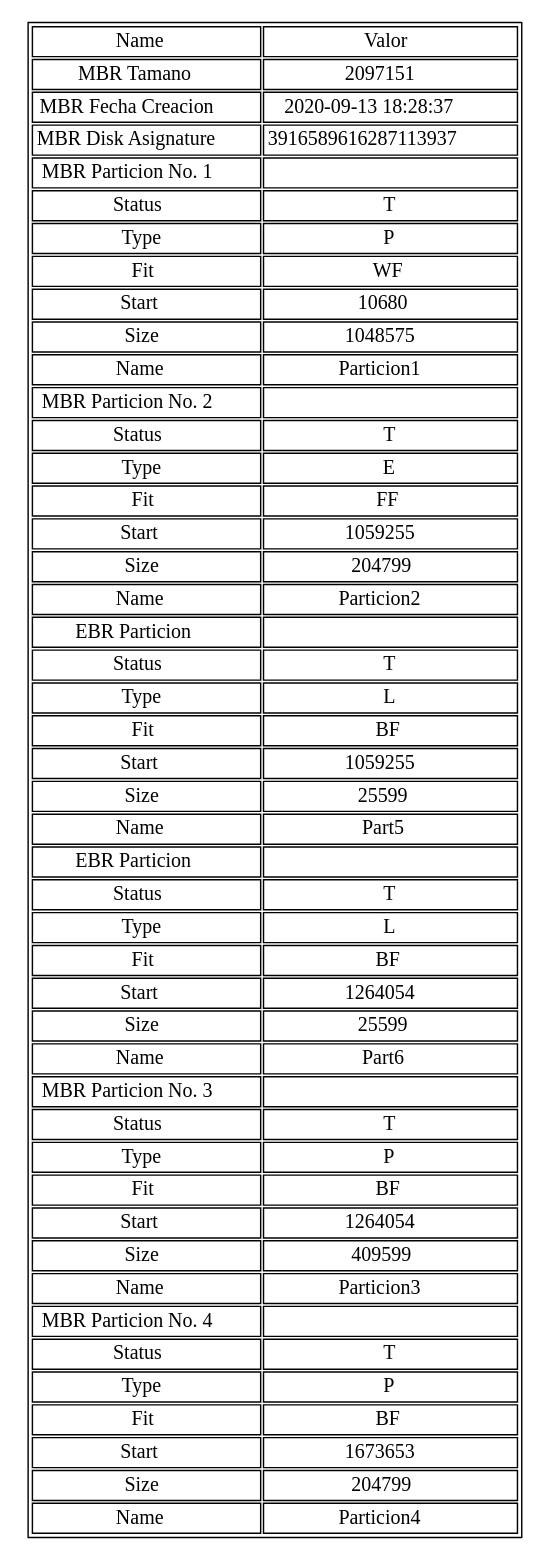
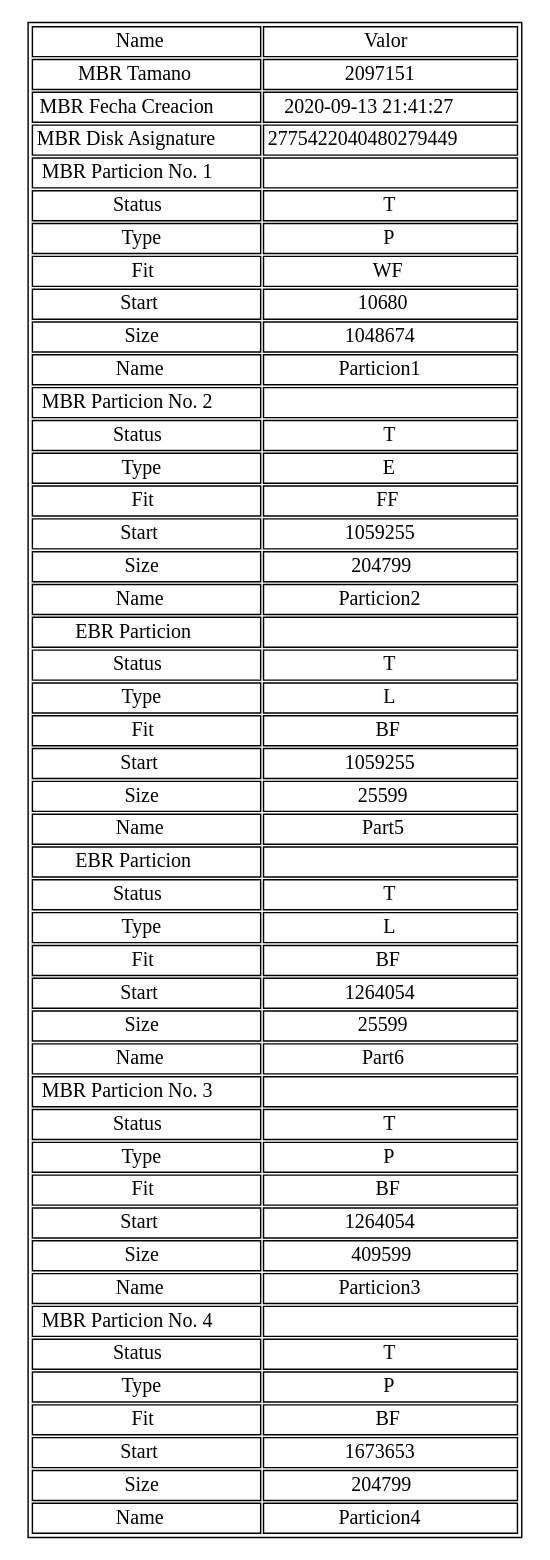
One commit to JoseMorente98/MIA-Proyecto-1 changed the diagram in Controlador/ReporteControlador/mbr.dot. Above: the diagram before and after it, drawn with Graphviz. The commit also changed 8 other files, not shown here.

```diff
--- a/Controlador/ReporteControlador/mbr.dot
+++ b/Controlador/ReporteControlador/mbr.dot
@@ -1,53 +1,53 @@
 digraph {
 tbl [ 
 shape=plaintext 
 label=<
 <table border='1' cellborder='1'>
 <tr><td>Name</td><td>Valor</td></tr>
 <tr><td>MBR Tamano</td><td>2097151</td></tr>
-<tr><td>MBR Fecha Creacion</td><td>2020-09-13 18:28:37</td></tr>
-<tr><td>MBR Disk Asignature</td><td>3916589616287113937</td></tr>
+<tr><td>MBR Fecha Creacion</td><td>2020-09-13 21:41:27</td></tr>
+<tr><td>MBR Disk Asignature</td><td>2775422040480279449</td></tr>
 <tr><td>MBR Particion No. 1</td><td></td></tr>
 <tr><td>Status</td><td>T</td></tr>
 <tr><td>Type</td><td>P</td></tr>
 <tr><td>Fit</td><td>WF</td></tr>
 <tr><td>Start</td><td>10680</td></tr>
-<tr><td>Size</td><td>1048575</td></tr>
+<tr><td>Size</td><td>1048674</td></tr>
 <tr><td>Name</td><td>Particion1</td></tr>
 <tr><td>MBR Particion No. 2</td><td></td></tr>
 <tr><td>Status</td><td>T</td></tr>
 <tr><td>Type</td><td>E</td></tr>
 <tr><td>Fit</td><td>FF</td></tr>
 <tr><td>Start</td><td>1059255</td></tr>
 <tr><td>Size</td><td>204799</td></tr>
 <tr><td>Name</td><td>Particion2</td></tr>
 <tr><td>EBR Particion</td><td></td></tr>
 <tr><td>Status</td><td>T</td></tr>
 <tr><td>Type</td><td>L</td></tr>
 <tr><td>Fit</td><td>BF</td></tr>
 <tr><td>Start</td><td>1059255</td></tr>
 <tr><td>Size</td><td>25599</td></tr>
 <tr><td>Name</td><td>Part5</td></tr>
 <tr><td>EBR Particion</td><td></td></tr>
 <tr><td>Status</td><td>T</td></tr>
 <tr><td>Type</td><td>L</td></tr>
 <tr><td>Fit</td><td>BF</td></tr>
 <tr><td>Start</td><td>1264054</td></tr>
 <tr><td>Size</td><td>25599</td></tr>
 <tr><td>Name</td><td>Part6</td></tr>
 <tr><td>MBR Particion No. 3</td><td></td></tr>
 <tr><td>Status</td><td>T</td></tr>
 <tr><td>Type</td><td>P</td></tr>
 <tr><td>Fit</td><td>BF</td></tr>
 <tr><td>Start</td><td>1264054</td></tr>
 <tr><td>Size</td><td>409599</td></tr>
 <tr><td>Name</td><td>Particion3</td></tr>
 <tr><td>MBR Particion No. 4</td><td></td></tr>
 <tr><td>Status</td><td>T</td></tr>
 <tr><td>Type</td><td>P</td></tr>
 <tr><td>Fit</td><td>BF</td></tr>
 <tr><td>Start</td><td>1673653</td></tr>
 <tr><td>Size</td><td>204799</td></tr>
 <tr><td>Name</td><td>Particion4</td></tr>
 </table>
 >];}
```
